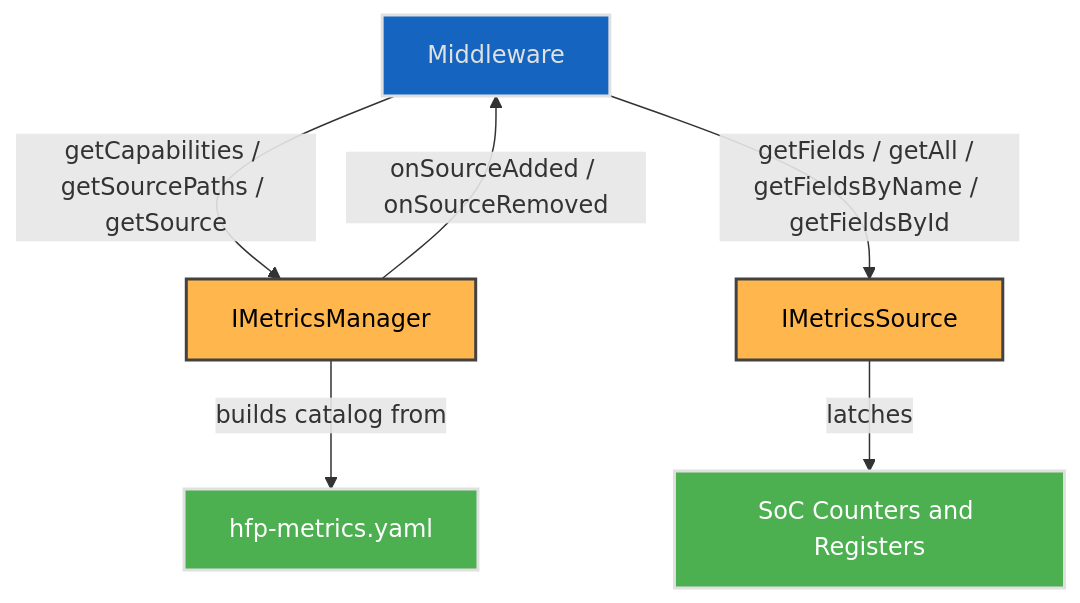
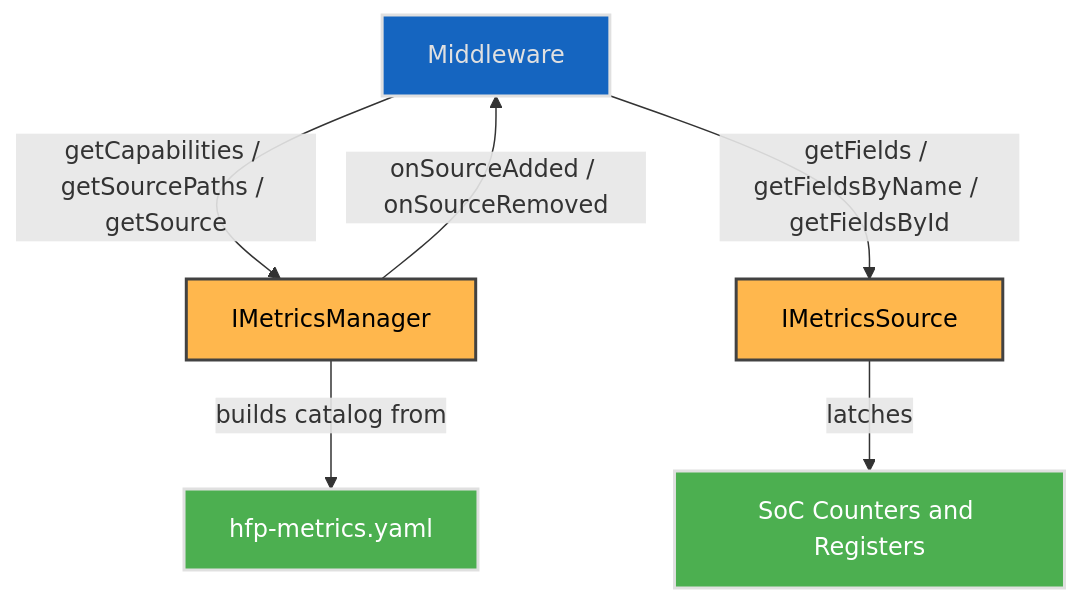
The first of 2 diagrams in metrics/current/docs/metrics.md (rdkcentral/rdk-halif-aidl), drawn with Mermaid before and after one commit. The commit also changed other lines of this file and 9 other files, not shown here.

````diff
--- a/metrics/current/docs/metrics.md
+++ b/metrics/current/docs/metrics.md
@@ -243,19 +243,19 @@
 ```mermaid
 flowchart TD
     Client[Middleware] -->|getCapabilities / getSourcePaths / getSource| MGR[IMetricsManager]
-    Client -->|getFields / getAll / getFieldsByName / getFieldsById| SRC[IMetricsSource]
+    Client -->|getFields / getFieldsByName / getFieldsById| SRC[IMetricsSource]
     MGR -->|onSourceAdded / onSourceRemoved| Client
     MGR -->|builds catalog from| HFP[hfp-metrics.yaml]
     SRC -->|latches| HW[SoC Counters and Registers]
 
     classDef blue fill:#1565C0,stroke:#E0E0E0,stroke-width:2px,color:#E0E0E0;
     classDef wheat fill:#FFB74D,stroke:#424242,stroke-width:2px,color:#000000;
     classDef green fill:#4CAF50,stroke:#E0E0E0,stroke-width:2px,color:#FFFFFF;
     classDef default fill:#1E1E1E,stroke:#E0E0E0,stroke-width:1px,color:#E0E0E0;
 
     Client:::blue
     MGR:::wheat
     SRC:::wheat
     HFP:::green
     HW:::green
 ```
````
